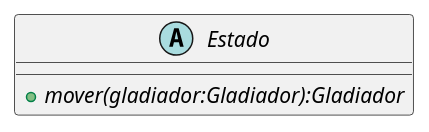
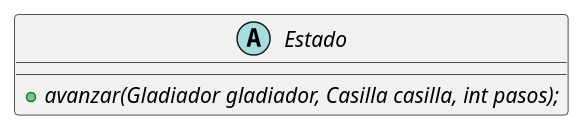
The diagram in diagrams/clases/estado/clase_estado.plantuml (mcumskov/Algo3_tp2), drawn with PlantUML before and after one commit. The commit also changed 32 other files, not shown here.

Commit message:
refactor casilla, actualizacion de los diagramas de clases

```diff
--- a/diagrams/clases/estado/clase_estado.plantuml
+++ b/diagrams/clases/estado/clase_estado.plantuml
@@ -1,5 +1,5 @@
 @startuml
 abstract class Estado {
-    {abstract} + mover(gladiador:Gladiador):Gladiador
+    {abstract} + avanzar(Gladiador gladiador, Casilla casilla, int pasos);
 }
 @enduml
```
